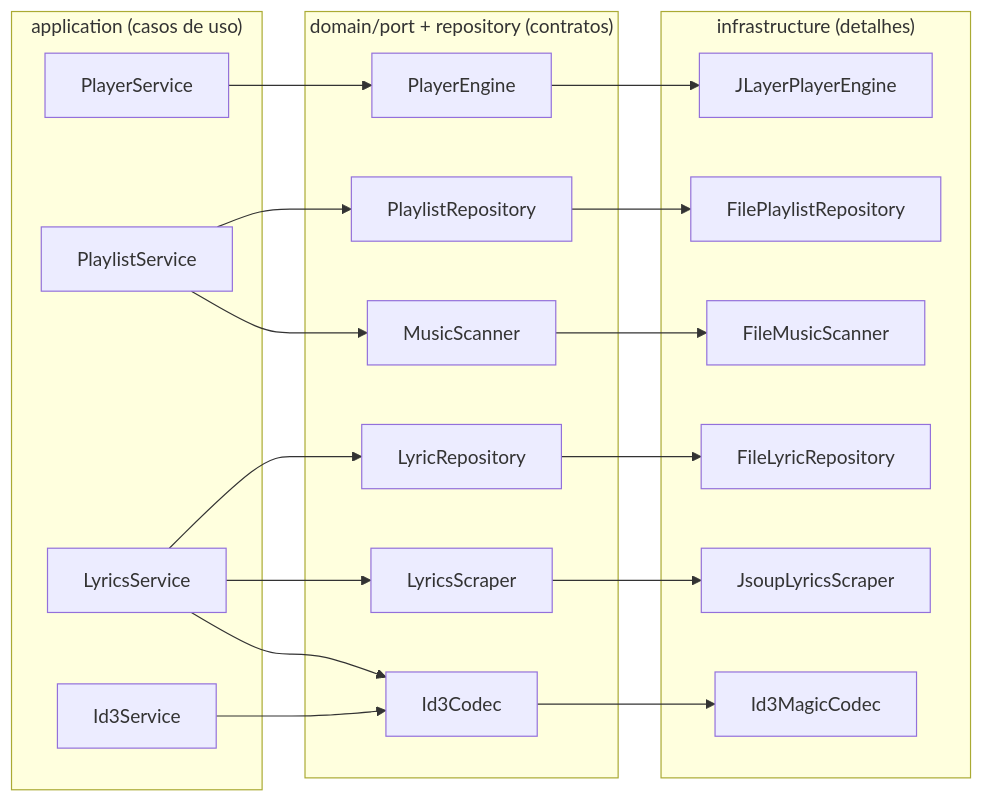
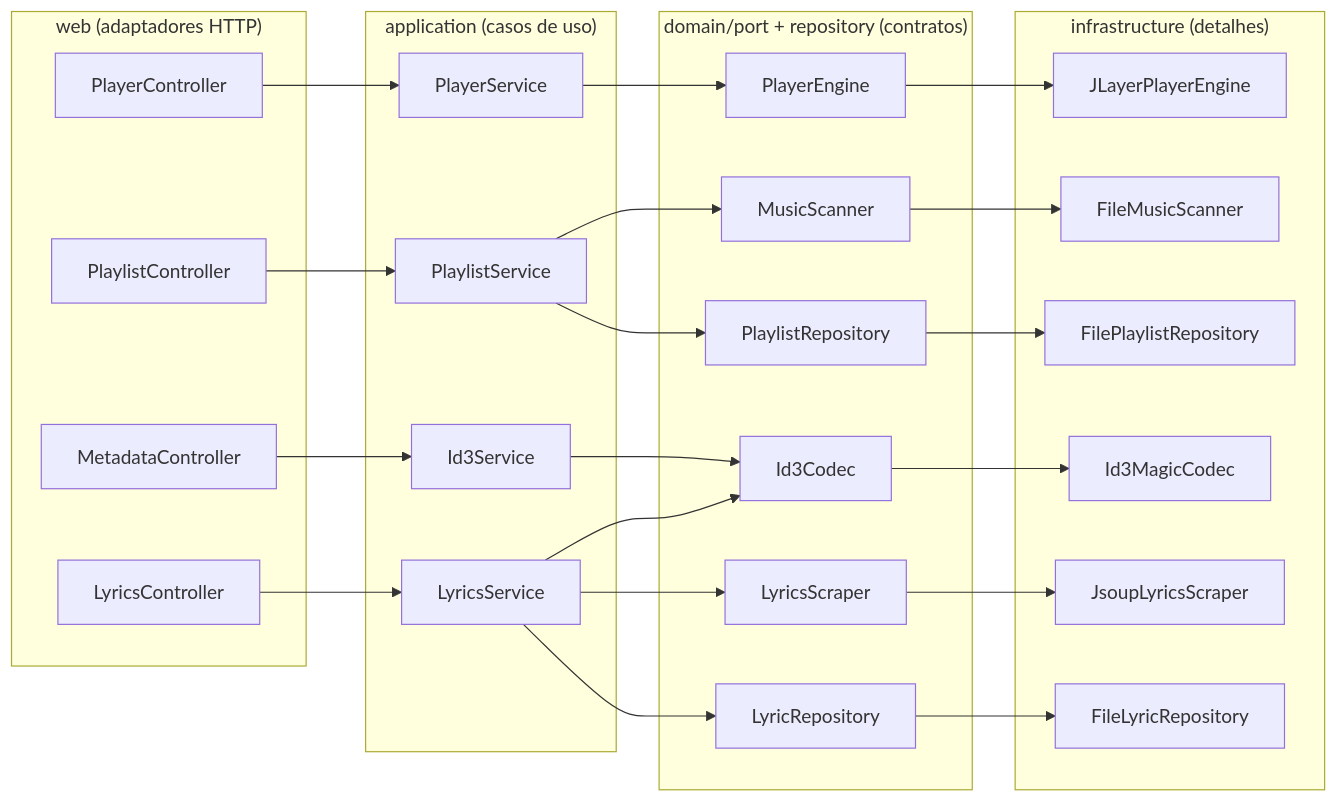
Before and after one commit to jpontesmartins/mp3-player: the seventh of 7 diagrams in docs/architecture.md, drawn with Mermaid. The commit also changed other lines of this file and 10 other files, not shown here.

````diff
--- a/docs/architecture.md
+++ b/docs/architecture.md
@@ -239,40 +248,51 @@
 ```mermaid
 flowchart LR
+    subgraph WebC["web (adaptadores HTTP)"]
+        PC["PlayerController"]
+        PLC["PlaylistController"]
+        MC["MetadataController"]
+        LC["LyricsController"]
+    end
     subgraph App["application (casos de uso)"]
         PS["PlayerService"]
         PL["PlaylistService"]
         LY["LyricsService"]
         ID["Id3Service"]
     end
     subgraph Ports["domain/port + repository (contratos)"]
         dPE["PlayerEngine"]
         dIC["Id3Codec"]
         dMS["MusicScanner"]
         dLS["LyricsScraper"]
         dPR["PlaylistRepository"]
         dLR["LyricRepository"]
     end
     subgraph Impl["infrastructure (detalhes)"]
         J["JLayerPlayerEngine"]
         IC2["Id3MagicCodec"]
         FS["FileMusicScanner"]
         JS["JsoupLyricsScraper"]
         FPR["FilePlaylistRepository"]
         FLR["FileLyricRepository"]
     end
 
+    PC --> PS
+    PLC --> PL
+    MC --> ID
+    LC --> LY
+
     PS --> dPE
     ID --> dIC
     LY --> dIC
     PL --> dMS
     LY --> dLS
     PL --> dPR
     LY --> dLR
 
     dPE --> J
     dIC --> IC2
     dMS --> FS
     dLS --> JS
     dPR --> FPR
     dLR --> FLR
 ```
````
